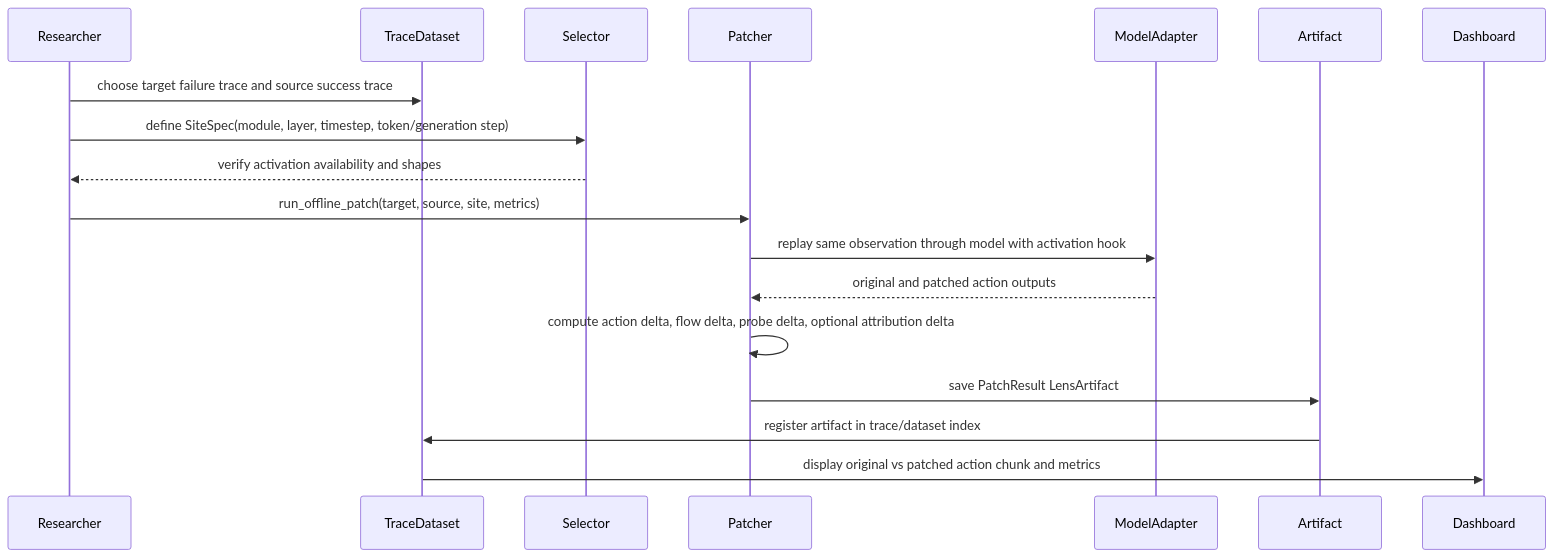
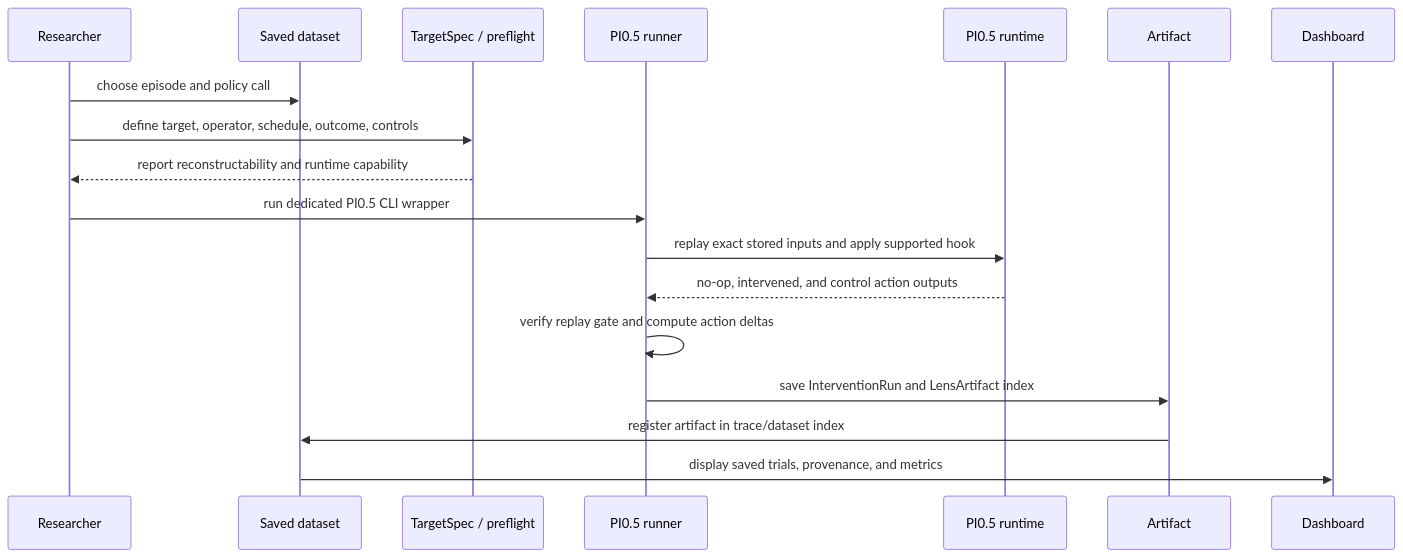
The seventh of 7 diagrams in docs/vla-lens-architecture-workflows.md (thajpo/vla-lens), drawn with Mermaid before and after one commit. The commit also changed other lines of this file and 23 other files, not shown here.

````diff
--- a/docs/vla-lens-architecture-workflows.md
+++ b/docs/vla-lens-architecture-workflows.md
@@ -197,21 +198,21 @@
 ```mermaid
 sequenceDiagram
-    participant R as Researcher
-    participant D as TraceDataset
-    participant S as Selector
-    participant P as Patcher
-    participant M as ModelAdapter
+    participant H as Researcher
+    participant D as Saved dataset
+    participant S as TargetSpec / preflight
+    participant R as PI0.5 runner
+    participant M as PI0.5 runtime
     participant A as Artifact
     participant UI as Dashboard
 
-    R->>D: choose target failure trace and source success trace
-    R->>S: define SiteSpec(module, layer, timestep, token/generation step)
-    S-->>R: verify activation availability and shapes
-    R->>P: run_offline_patch(target, source, site, metrics)
-    P->>M: replay same observation through model with activation hook
-    M-->>P: original and patched action outputs
-    P->>P: compute action delta, flow delta, probe delta, optional attribution delta
-    P->>A: save PatchResult LensArtifact
+    H->>D: choose episode and policy call
+    H->>S: define target, operator, schedule, outcome, controls
+    S-->>H: report reconstructability and runtime capability
+    H->>R: run dedicated PI0.5 CLI wrapper
+    R->>M: replay exact stored inputs and apply supported hook
+    M-->>R: no-op, intervened, and control action outputs
+    R->>R: verify replay gate and compute action deltas
+    R->>A: save InterventionRun and LensArtifact index
     A->>D: register artifact in trace/dataset index
-    D->>UI: display original vs patched action chunk and metrics
+    D->>UI: display saved trials, provenance, and metrics
 ```
````
